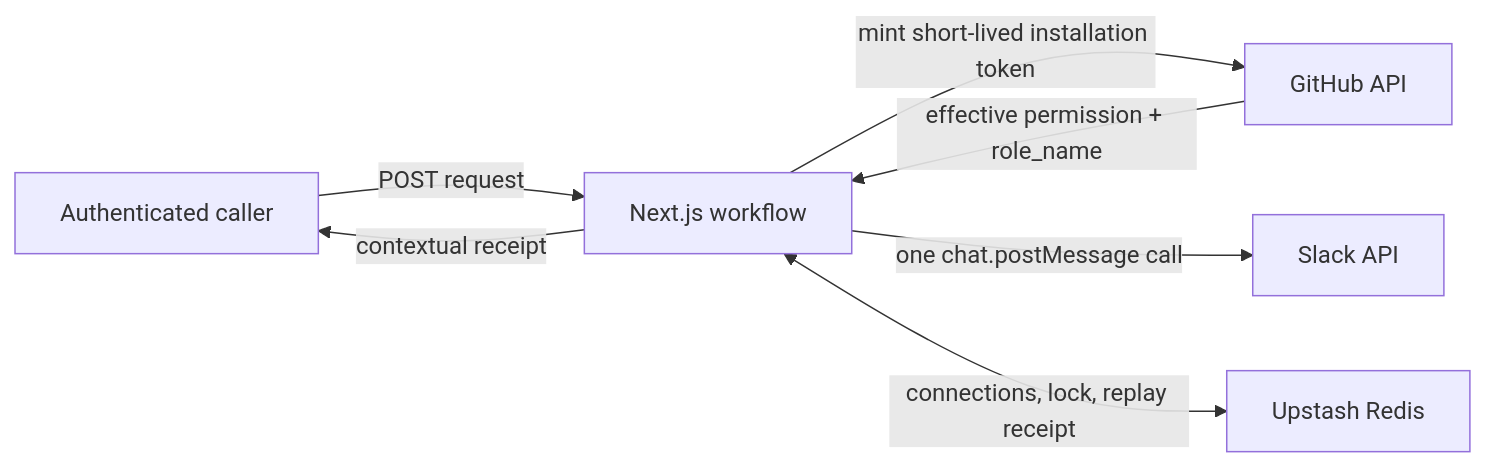
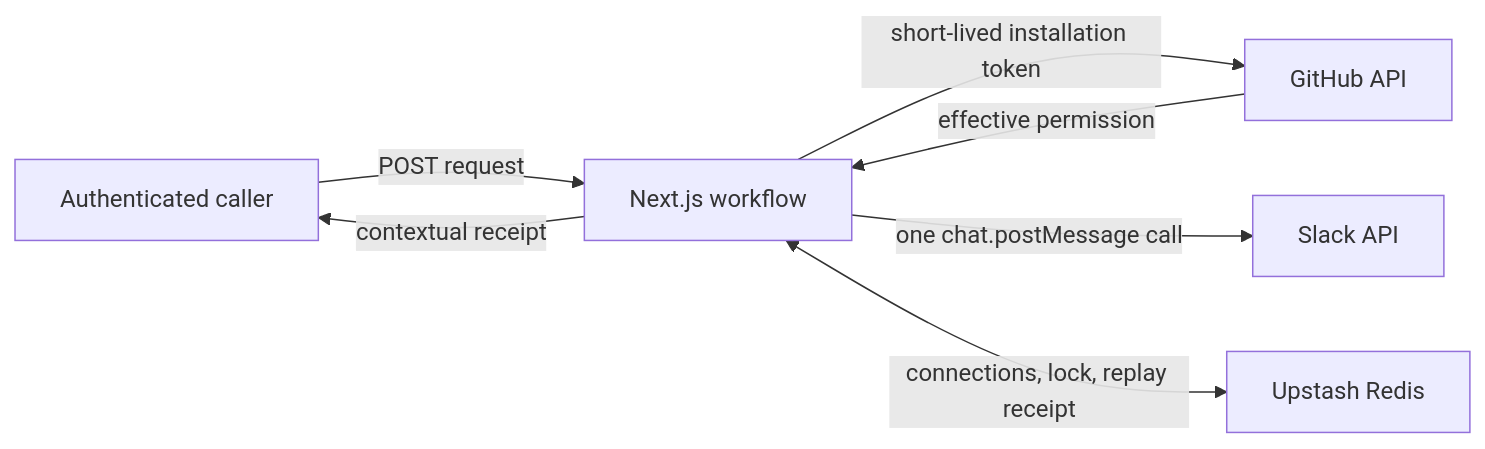
Before and after one commit to drinman/github-access-triage: the diagram in README.md, drawn with Mermaid. The commit also changed other lines of this file and 2 other files, not shown here.

````diff
--- a/README.md
+++ b/README.md
@@ -48,9 +83,9 @@
 ```mermaid
 flowchart LR
   C["Authenticated caller"] -->|"POST request"| A["Next.js workflow"]
-  A -->|"mint short-lived installation token"| G["GitHub API"]
-  G -->|"effective permission + role_name"| A
+  A -->|"short-lived installation token"| G["GitHub API"]
+  G -->|"effective permission"| A
   A -->|"one chat.postMessage call"| S["Slack API"]
   A <-->|"connections, lock, replay receipt"| R["Upstash Redis"]
   A -->|"contextual receipt"| C
 ```
````
